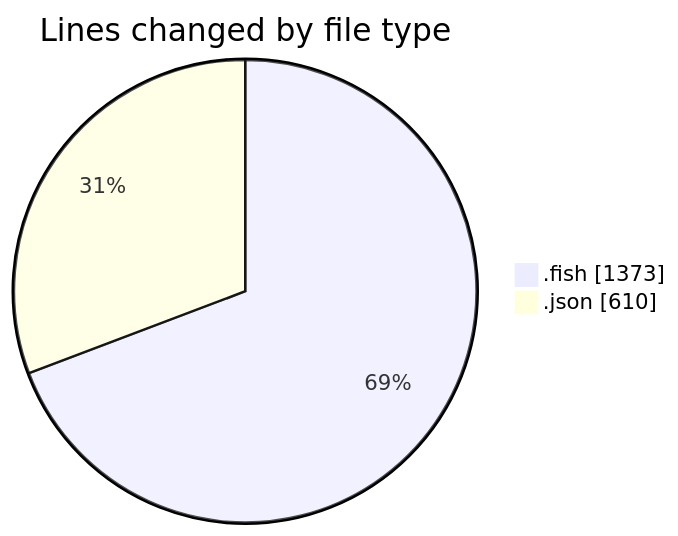
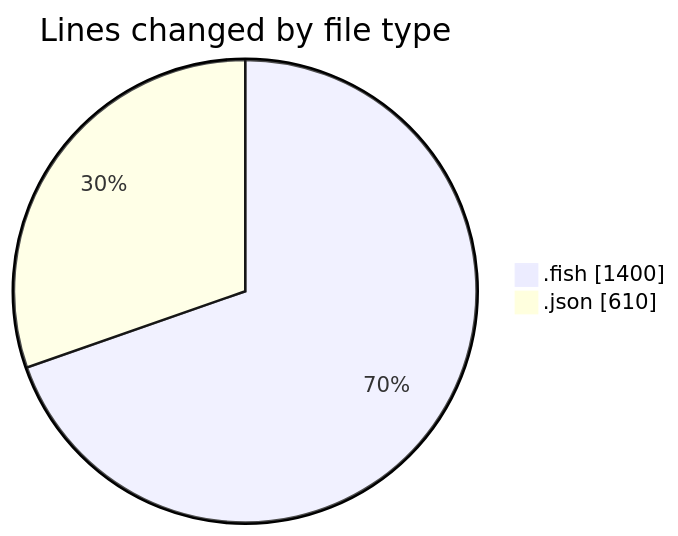
Before and after one commit to EIIisD/code-tracking: the first of 2 diagrams in 2025-07-11/fish/README.md, drawn with Mermaid. The commit also changed other lines of this file and 1 other file, not shown here.

````diff
--- a/2025-07-11/fish/README.md
+++ b/2025-07-11/fish/README.md
@@ -24,6 +24,6 @@
 ```mermaid
 pie showData
 title Lines changed by file type
-".fish" : 1373
+".fish" : 1400
 ".json" : 610
 ```
````
